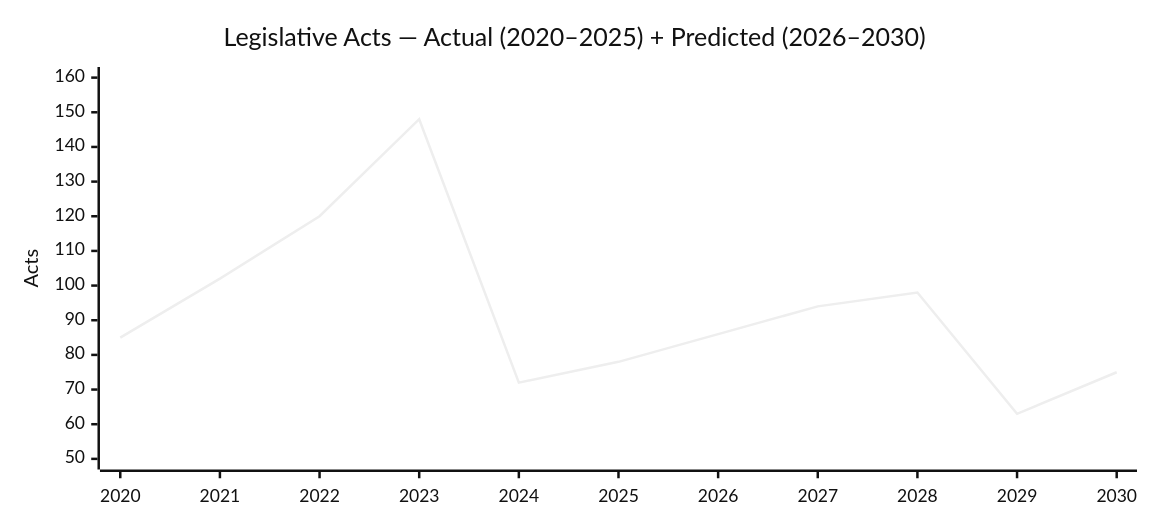
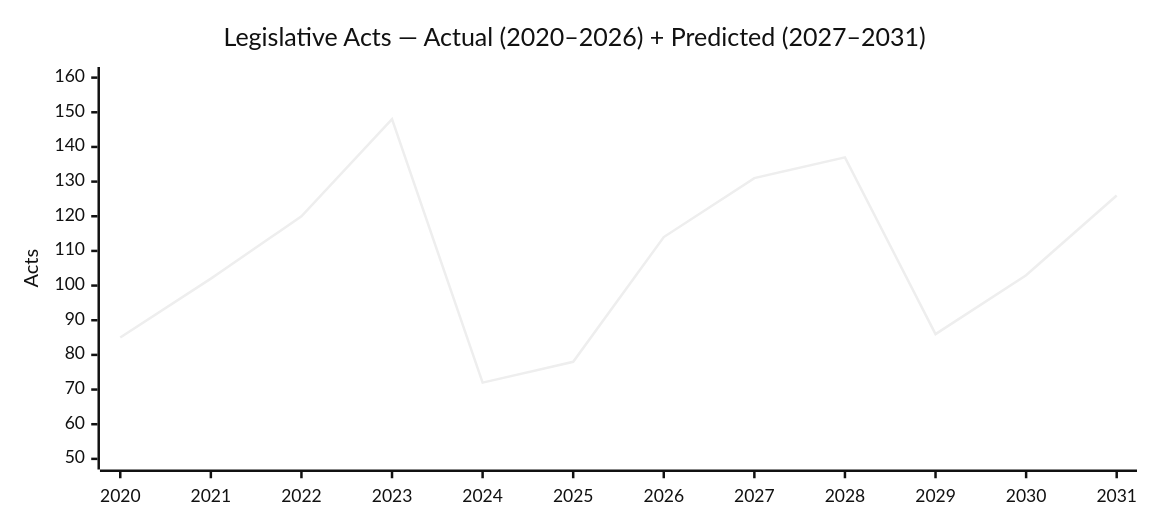
Before and after one commit to Hack23/European-Parliament-MCP-Server: diagram 21 of 21 in EP_POLITICAL_LANDSCAPE.md, drawn with Mermaid (neutral theme). The commit also changed other lines of this file and 4 other files, not shown here.

````diff
--- a/EP_POLITICAL_LANDSCAPE.md
+++ b/EP_POLITICAL_LANDSCAPE.md
@@ -574,13 +576,13 @@
 ```mermaid
 ---
 config:
   xyChart:
     width: 900
     height: 400
 ---
 xychart-beta
-    title "Legislative Acts — Actual (2020–2025) + Predicted (2026–2030)"
-    x-axis [2020, 2021, 2022, 2023, 2024, 2025, 2026, 2027, 2028, 2029, 2030]
+    title "Legislative Acts — Actual (2020–2026) + Predicted (2027–2031)"
+    x-axis [2020, 2021, 2022, 2023, 2024, 2025, 2026, 2027, 2028, 2029, 2030, 2031]
     y-axis "Acts" 50 --> 160
-    line [85, 102, 120, 148, 72, 78, 86, 94, 98, 63, 75]
+    line [85, 102, 120, 148, 72, 78, 114, 131, 137, 86, 103, 126]
 ```
````
